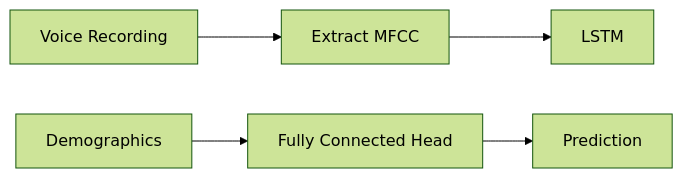
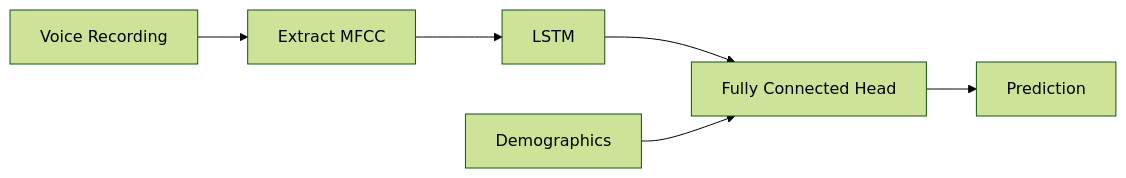
The diagram in README.md (mbellitti/alzheimers-voice-challenge-2024), drawn with Mermaid (forest theme) before and after one commit.

Commit message:
update diagram

````diff
--- a/README.md
+++ b/README.md
@@ -24,7 +24,8 @@
 ```mermaid 
 flowchart LR
     A["Voice Recording"] --> B["Extract MFCC"]
     B --> C["LSTM"]
     D["Fully Connected Head"] --> E["Prediction"]
+    C --> D
     F["Demographics"] --> D
 ```
````
